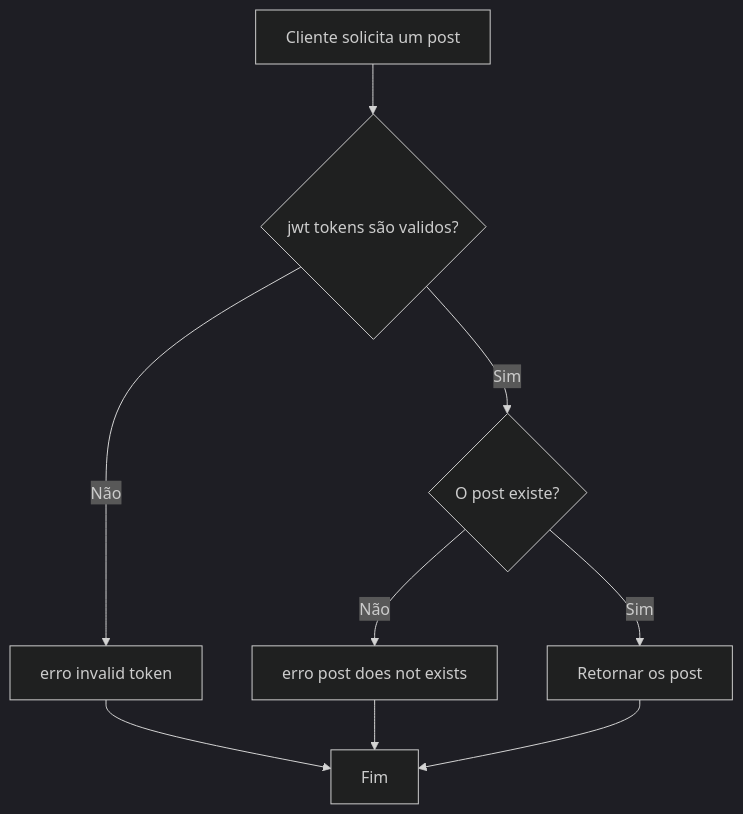
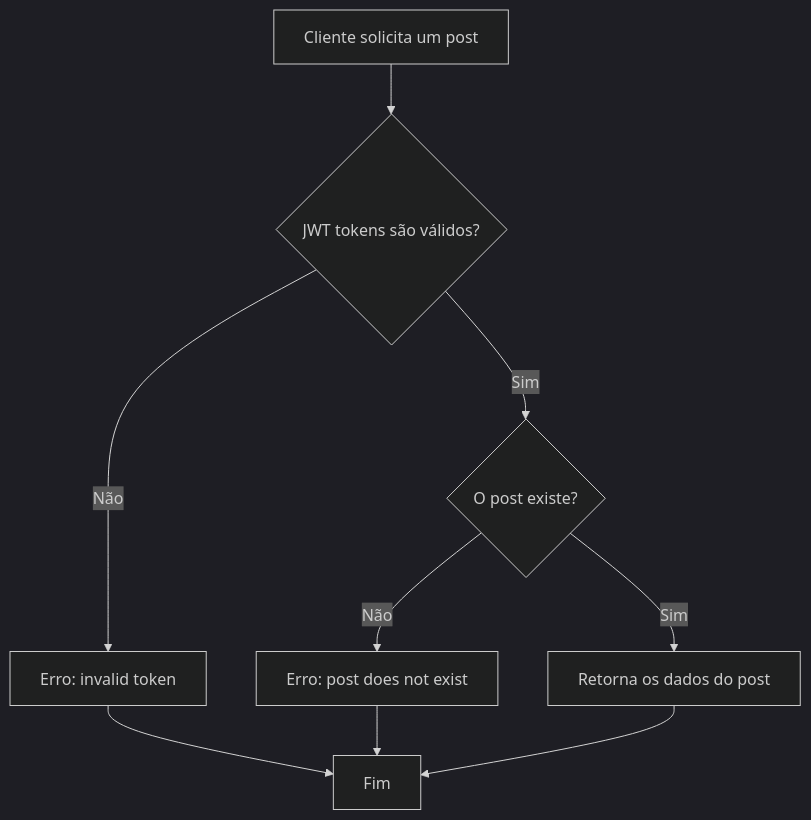
The fifth of 9 diagrams in readme.md (GabrHenr/BackEnd-TechPostSystem), drawn with Mermaid (dark theme) before and after one commit. The commit also changed other lines of this file and 6 other files, not shown here.

````diff
--- a/readme.md
+++ b/readme.md
@@ -154,11 +263,11 @@
 ```mermaid
 flowchart TD
-    A[Cliente solicita um post] --> B{jwt tokens são validos?}
+    A[Cliente solicita um post] --> B{JWT tokens são válidos?}
     B -->|Sim| C{O post existe?}
-    B -->|Não| D[erro invalid token]
-    C -->|Sim| E[Retornar os post]
-    C -->|Não| F[erro post does not exists]
+    B -->|Não| D[Erro: invalid token]
+    C -->|Sim| E[Retorna os dados do post]
+    C -->|Não| F[Erro: post does not exist]
     D --> G[Fim]
     F --> G
     E --> G
 ```
````
